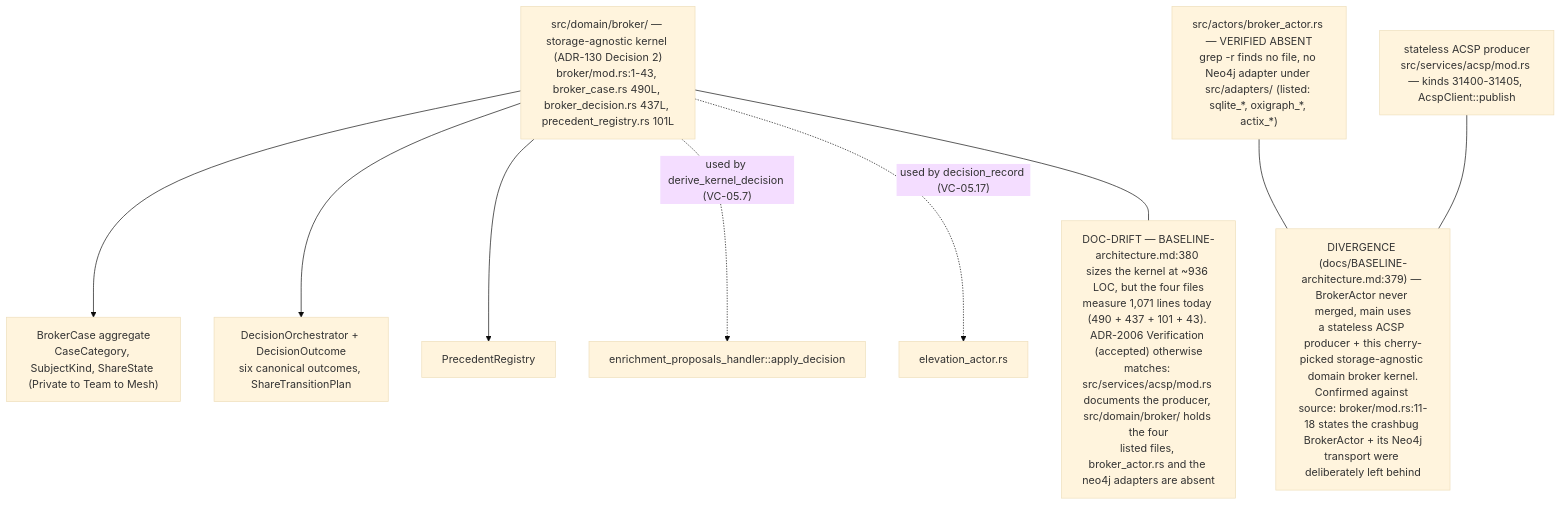
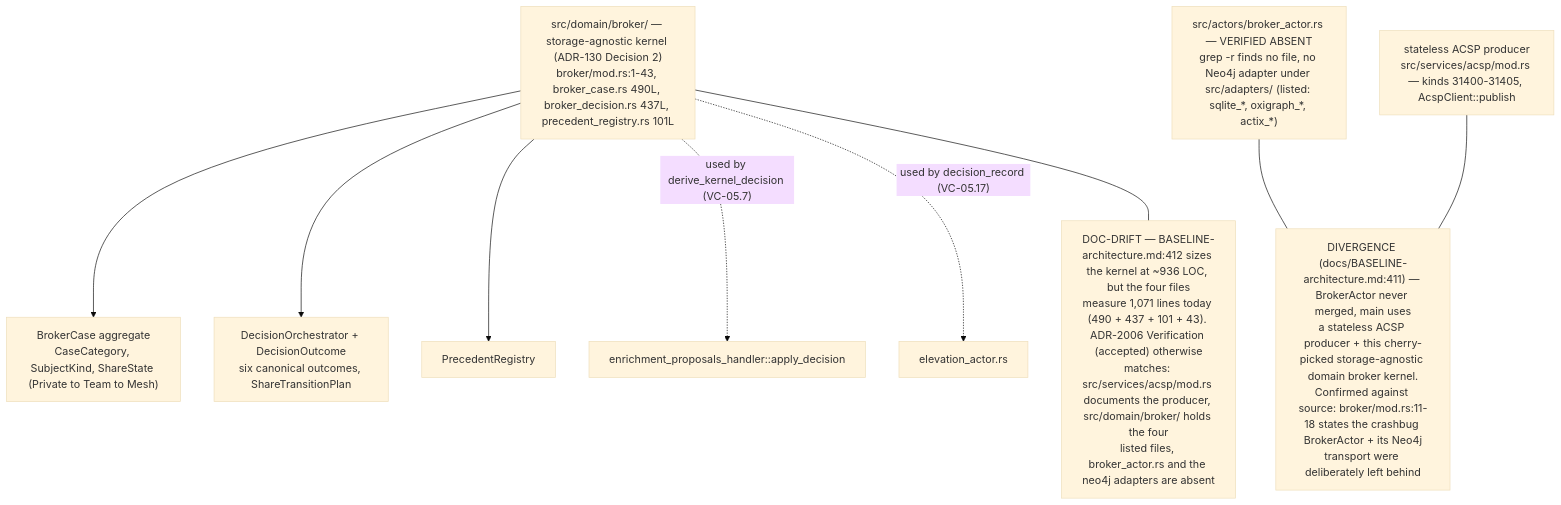
Diagram 15 of 15 in docs/diagrams/visionclaw/05-handlers-governance-and-identity.md (DreamLab-AI/VisionFlow), drawn with Mermaid (base theme) before and after one commit. The commit also changed other lines of this file and 46 other files, not shown here.

Commit message:
docs(diagrams): re-verify VisionClaw topics at 809a859aa/a950f4d80 after the consolidation pass

````diff
--- a/docs/diagrams/visionclaw/05-handlers-governance-and-identity.md
+++ b/docs/diagrams/visionclaw/05-handlers-governance-and-identity.md
@@ -829,19 +829,19 @@
 ```mermaid
 flowchart TB
     KERNEL["src/domain/broker/ — storage-agnostic kernel (ADR-130 Decision 2)<br/>broker/mod.rs:1-43, broker_case.rs 490L, broker_decision.rs 437L, precedent_registry.rs 101L"]
     BC["BrokerCase aggregate<br/>CaseCategory, SubjectKind, ShareState (Private to Team to Mesh)"]
     BD["DecisionOrchestrator + DecisionOutcome<br/>six canonical outcomes, ShareTransitionPlan"]
     PR["PrecedentRegistry"]
     KERNEL --> BC
     KERNEL --> BD
     KERNEL --> PR
     ACSP["stateless ACSP producer<br/>src/services/acsp/mod.rs — kinds 31400-31405, AcspClient::publish"]
     ABSENT["src/actors/broker_actor.rs — VERIFIED ABSENT<br/>grep -r finds no file, no Neo4j adapter under src/adapters/ (listed: sqlite_*, oxigraph_*, actix_*)"]
     KERNEL -.->|"used by derive_kernel_decision (VC-05.7)"| CALLER["enrichment_proposals_handler::apply_decision"]
     KERNEL -.->|"used by decision_record (VC-05.17)"| CALLER2["elevation_actor.rs"]
-    N1["DIVERGENCE (docs/BASELINE-architecture.md:379) — BrokerActor never merged, main uses<br/>a stateless ACSP producer + this cherry-picked storage-agnostic domain broker kernel.<br/>Confirmed against source: broker/mod.rs:11-18 states the crashbug BrokerActor + its Neo4j<br/>transport were deliberately left behind"]
+    N1["DIVERGENCE (docs/BASELINE-architecture.md:411) — BrokerActor never merged, main uses<br/>a stateless ACSP producer + this cherry-picked storage-agnostic domain broker kernel.<br/>Confirmed against source: broker/mod.rs:11-18 states the crashbug BrokerActor + its Neo4j<br/>transport were deliberately left behind"]
     ABSENT --- N1
     ACSP --- N1
-    N2["DOC-DRIFT — BASELINE-architecture.md:380 sizes the kernel at ~936 LOC, but the four files<br/>measure 1,071 lines today (490 + 437 + 101 + 43). ADR-2006 Verification (accepted) otherwise<br/>matches: src/services/acsp/mod.rs documents the producer, src/domain/broker/ holds the four<br/>listed files, broker_actor.rs and the neo4j adapters are absent"]
+    N2["DOC-DRIFT — BASELINE-architecture.md:412 sizes the kernel at ~936 LOC, but the four files<br/>measure 1,071 lines today (490 + 437 + 101 + 43). ADR-2006 Verification (accepted) otherwise<br/>matches: src/services/acsp/mod.rs documents the producer, src/domain/broker/ holds the four<br/>listed files, broker_actor.rs and the neo4j adapters are absent"]
     KERNEL --- N2
 ```
````
